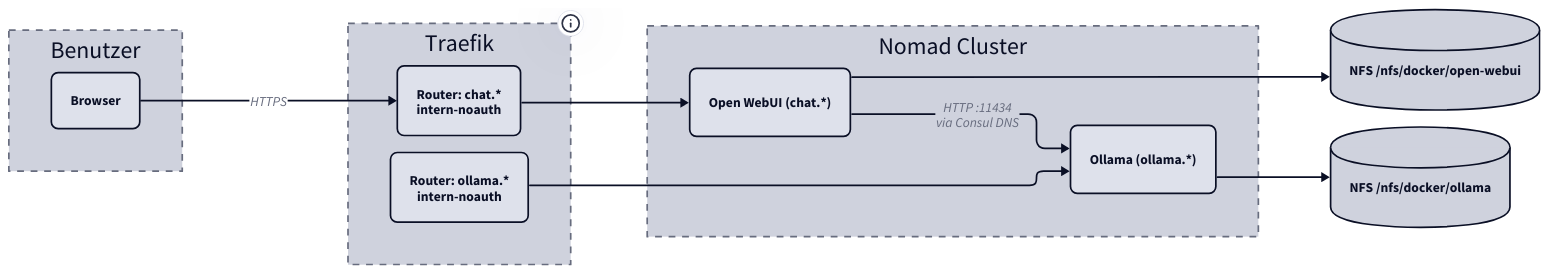
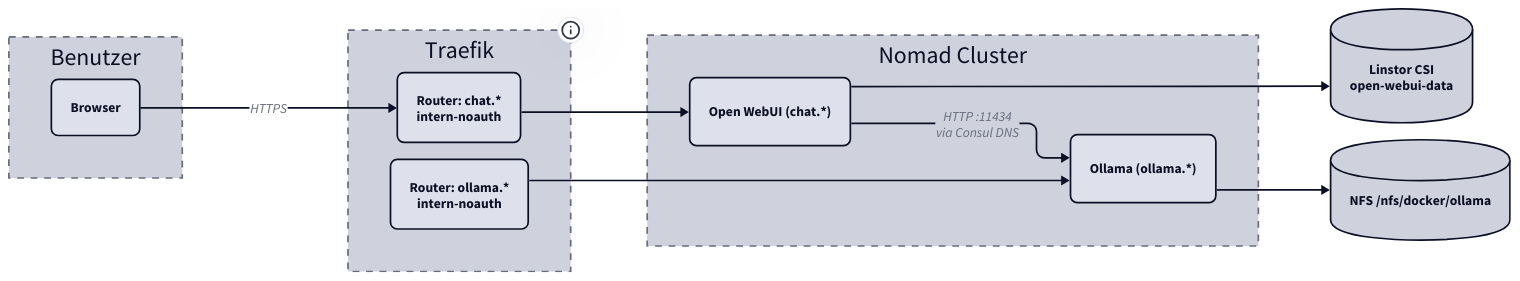
The diagram in docs/llm-stack/index.md (derever-labs/homelab-wiki), drawn with D2 before and after one commit. The commit also changed other lines of this file and 5 other files, not shown here.

First line of the commit message:
docs(storage): NFS-Angaben auf Linstor CSI korrigiert (6 Seiten) (#57)

````diff
--- a/docs/llm-stack/index.md
+++ b/docs/llm-stack/index.md
@@ -38,37 +38,37 @@
 ```d2
 vars: {
   d2-config: {
     theme-id: 1
     layout-engine: elk
   }
 }
 direction: right
 
 User: Benutzer {
   style.stroke-dash: 4
   Browser: Browser { style.border-radius: 8 }
 }
 
 Traefik: "Traefik" {
   style.stroke-dash: 4
   tooltip: "IP siehe _referenz/hosts-und-ips.md"
   RC: "Router: chat.*\nintern-noauth" { style.border-radius: 8 }
   RO: "Router: ollama.*\nintern-noauth" { style.border-radius: 8 }
 }
 
 Nomad: "Nomad Cluster" {
   style.stroke-dash: 4
   OW: "Open WebUI (chat.*)" { style.border-radius: 8 }
   OL: "Ollama (ollama.*)" { style.border-radius: 8 }
 }
 
 NFS: "NFS /nfs/docker/ollama" { shape: cylinder }
-NFS_OW: "NFS /nfs/docker/open-webui" { shape: cylinder }
+CSI_OW: "Linstor CSI\nopen-webui-data" { shape: cylinder }
 
 User.Browser -> Traefik.RC: HTTPS
 Traefik.RC -> Nomad.OW
 Nomad.OW -> Nomad.OL: "HTTP :11434\nvia Consul DNS"
 Traefik.RO -> Nomad.OL
 Nomad.OL -> NFS
-Nomad.OW -> NFS_OW
+Nomad.OW -> CSI_OW
 ```
````
